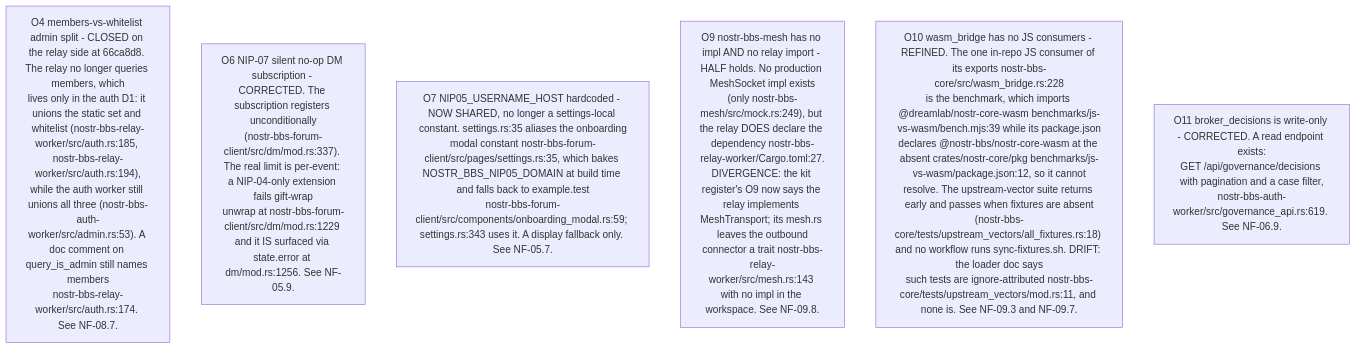
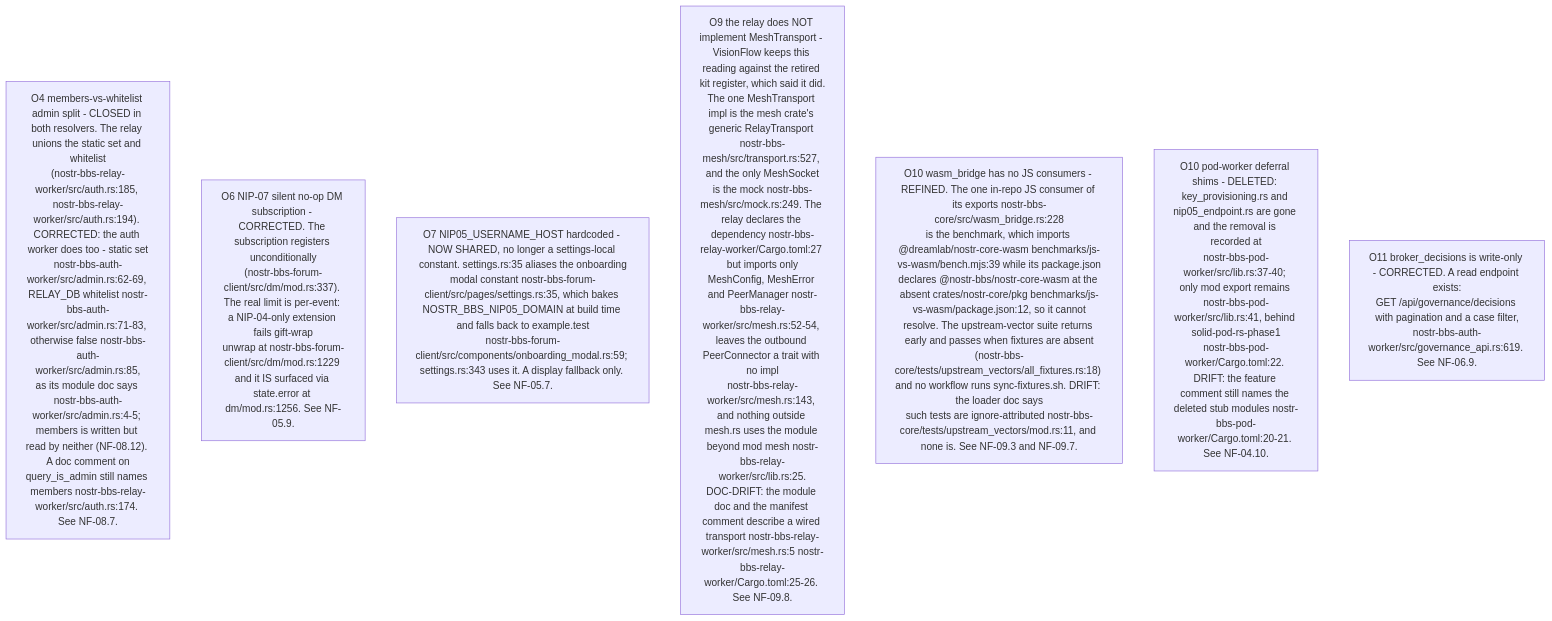
One commit to DreamLab-AI/VisionFlow changed the fourth of 13 diagrams in docs/diagrams/nostr-rust-forum/10-invariants-and-anomaly-register.md. Above: the diagram before and after it, drawn with Mermaid. The commit also changed other lines of this file and 1 other file, not shown here.

First line of the commit message:
WIP diagrams/kit-fold: re-stamp NF-05 and NF-10 to fd31193, close O21, fold kit register items

````diff
--- a/docs/diagrams/nostr-rust-forum/10-invariants-and-anomaly-register.md
+++ b/docs/diagrams/nostr-rust-forum/10-invariants-and-anomaly-register.md
@@ -150,9 +173,10 @@
 ```mermaid
 flowchart TB
-    O4["O4 members-vs-whitelist admin split - CLOSED on the relay side at 66ca8d8. The relay no longer queries members, which<br/>lives only in the auth D1: it unions the static set and whitelist (nostr-bbs-relay-worker/src/auth.rs:185, nostr-bbs-relay-worker/src/auth.rs:194),<br/>while the auth worker still unions all three (nostr-bbs-auth-worker/src/admin.rs:53). A doc comment on query_is_admin still names members<br/>nostr-bbs-relay-worker/src/auth.rs:174. See NF-08.7."]
+    O4["O4 members-vs-whitelist admin split - CLOSED in both resolvers. The relay unions the static set and whitelist<br/>(nostr-bbs-relay-worker/src/auth.rs:185, nostr-bbs-relay-worker/src/auth.rs:194). CORRECTED: the auth worker does too - static set<br/>nostr-bbs-auth-worker/src/admin.rs:62-69, RELAY_DB whitelist nostr-bbs-auth-worker/src/admin.rs:71-83, otherwise false nostr-bbs-auth-worker/src/admin.rs:85,<br/>as its module doc says nostr-bbs-auth-worker/src/admin.rs:4-5; members is written but read by neither (NF-08.12). A doc comment on<br/>query_is_admin still names members nostr-bbs-relay-worker/src/auth.rs:174. See NF-08.7."]
     O6["O6 NIP-07 silent no-op DM subscription - CORRECTED. The subscription registers unconditionally<br/>(nostr-bbs-forum-client/src/dm/mod.rs:337). The real limit is per-event: a NIP-04-only extension fails gift-wrap<br/>unwrap at nostr-bbs-forum-client/src/dm/mod.rs:1229 and it IS surfaced via state.error at dm/mod.rs:1256. See NF-05.9."]
     O7["O7 NIP05_USERNAME_HOST hardcoded - NOW SHARED, no longer a settings-local constant. settings.rs:35 aliases the onboarding<br/>modal constant nostr-bbs-forum-client/src/pages/settings.rs:35, which bakes NOSTR_BBS_NIP05_DOMAIN at build time and falls back to example.test<br/>nostr-bbs-forum-client/src/components/onboarding_modal.rs:59; settings.rs:343 uses it. A display fallback only. See NF-05.7."]
-    O9["O9 nostr-bbs-mesh has no impl AND no relay import - HALF holds. No production MeshSocket impl exists<br/>(only nostr-bbs-mesh/src/mock.rs:249), but the relay DOES declare the dependency nostr-bbs-relay-worker/Cargo.toml:27.<br/>DIVERGENCE: the kit register's O9 now says the relay implements MeshTransport; its mesh.rs leaves the outbound<br/>connector a trait nostr-bbs-relay-worker/src/mesh.rs:143 with no impl in the workspace. See NF-09.8."]
+    O9["O9 the relay does NOT implement MeshTransport - VisionFlow keeps this reading against the retired kit register, which said it did.<br/>The one MeshTransport impl is the mesh crate's generic RelayTransport nostr-bbs-mesh/src/transport.rs:527, and the only MeshSocket<br/>is the mock nostr-bbs-mesh/src/mock.rs:249. The relay declares the dependency nostr-bbs-relay-worker/Cargo.toml:27 but imports only<br/>MeshConfig, MeshError and PeerManager nostr-bbs-relay-worker/src/mesh.rs:52-54, leaves the outbound PeerConnector a trait with no impl<br/>nostr-bbs-relay-worker/src/mesh.rs:143, and nothing outside mesh.rs uses the module beyond mod mesh nostr-bbs-relay-worker/src/lib.rs:25.<br/>DOC-DRIFT: the module doc and the manifest comment describe a wired transport nostr-bbs-relay-worker/src/mesh.rs:5 nostr-bbs-relay-worker/Cargo.toml:25-26. See NF-09.8."]
     O10["O10 wasm_bridge has no JS consumers - REFINED. The one in-repo JS consumer of its exports nostr-bbs-core/src/wasm_bridge.rs:228<br/>is the benchmark, which imports @dreamlab/nostr-core-wasm benchmarks/js-vs-wasm/bench.mjs:39 while its package.json<br/>declares @nostr-bbs/nostr-core-wasm at the absent crates/nostr-core/pkg benchmarks/js-vs-wasm/package.json:12, so it cannot<br/>resolve. The upstream-vector suite returns early and passes when fixtures are absent<br/>(nostr-bbs-core/tests/upstream_vectors/all_fixtures.rs:18) and no workflow runs sync-fixtures.sh. DRIFT: the loader doc says<br/>such tests are ignore-attributed nostr-bbs-core/tests/upstream_vectors/mod.rs:11, and none is. See NF-09.3 and NF-09.7."]
+    O10b["O10 pod-worker deferral shims - DELETED: key_provisioning.rs and nip05_endpoint.rs are gone and the removal is recorded at<br/>nostr-bbs-pod-worker/src/lib.rs:37-40; only mod export remains nostr-bbs-pod-worker/src/lib.rs:41, behind solid-pod-rs-phase1<br/>nostr-bbs-pod-worker/Cargo.toml:22. DRIFT: the feature comment still names the deleted stub modules nostr-bbs-pod-worker/Cargo.toml:20-21. See NF-04.10."]
     O11c["O11 broker_decisions is write-only - CORRECTED. A read endpoint exists:<br/>GET /api/governance/decisions with pagination and a case filter,<br/>nostr-bbs-auth-worker/src/governance_api.rs:619. See NF-06.9."]
 ```
````
